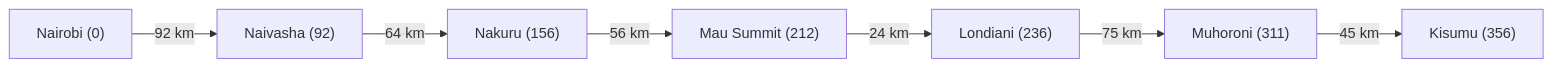
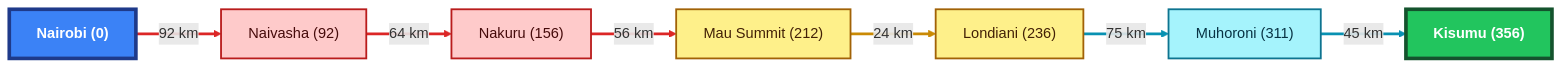
One commit to Kerry-lab/PS-Agents changed the third of 4 diagrams in design.md. Above: the diagram before and after it, drawn with Mermaid. The commit also changed other lines of this file, not shown here.

````diff
--- a/design.md
+++ b/design.md
@@ -130,9 +165,27 @@
 ```mermaid
 flowchart LR
     T_NRB["Nairobi (0)"] -->|"92 km"| T_NVS["Naivasha (92)"]
     T_NVS -->|"64 km"| T_NKR["Nakuru (156)"]
     T_NKR -->|"56 km"| T_MSM["Mau Summit (212)"]
     T_MSM -->|"24 km"| T_LDN["Londiani (236)"]
     T_LDN -->|"75 km"| T_MHR["Muhoroni (311)"]
     T_MHR -->|"45 km"| T_DEST["Kisumu (356)"]
+
+    %% Node styles
+    classDef start fill:#3b82f6,stroke:#1e3a8a,stroke-width:4px,color:#ffffff,font-weight:bold;
+    classDef goal fill:#22c55e,stroke:#14532d,stroke-width:4px,color:#ffffff,font-weight:bold;
+    classDef rift fill:#fecaca,stroke:#b91c1c,stroke-width:2px,color:#450a0a;
+    classDef junction fill:#fef08a,stroke:#a16207,stroke-width:2px,color:#422006;
+    classDef lake fill:#a5f3fc,stroke:#0e7490,stroke-width:2px,color:#083344;
+
+    class T_NRB start;
+    class T_DEST goal;
+    class T_NVS,T_NKR rift;
+    class T_MSM,T_LDN junction;
+    class T_MHR lake;
+
+    %% Edge styles (thick, since this is the optimal path)
+    linkStyle 0,1,2 stroke:#dc2626,stroke-width:3px;
+    linkStyle 3 stroke:#ca8a04,stroke-width:3px;
+    linkStyle 4,5 stroke:#0891b2,stroke-width:3px;
 ```
````
